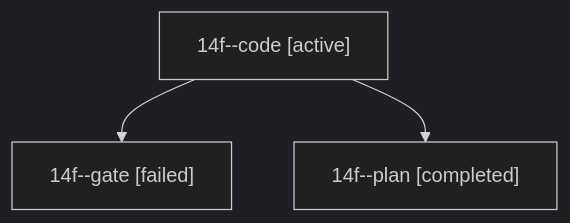
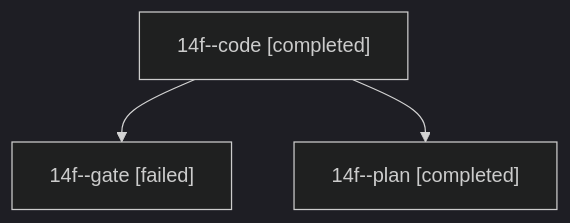
Before and after one commit to bobs-org/bob-cli--agents: the diagram in sessions/bbugyi200.athena.14f.md, drawn with Mermaid (dark theme). The commit also changed other lines of this file and 11 other files, not shown here.

````diff
--- a/sessions/bbugyi200.athena.14f.md
+++ b/sessions/bbugyi200.athena.14f.md
@@ -9,8 +9,8 @@
 ```mermaid
 flowchart TD
-  n0["14f--code [active]"]
+  n0["14f--code [completed]"]
   n1["14f--gate [failed]"]
   n0 --> n1
   n2["14f--plan [completed]"]
   n0 --> n2
 ```
````
